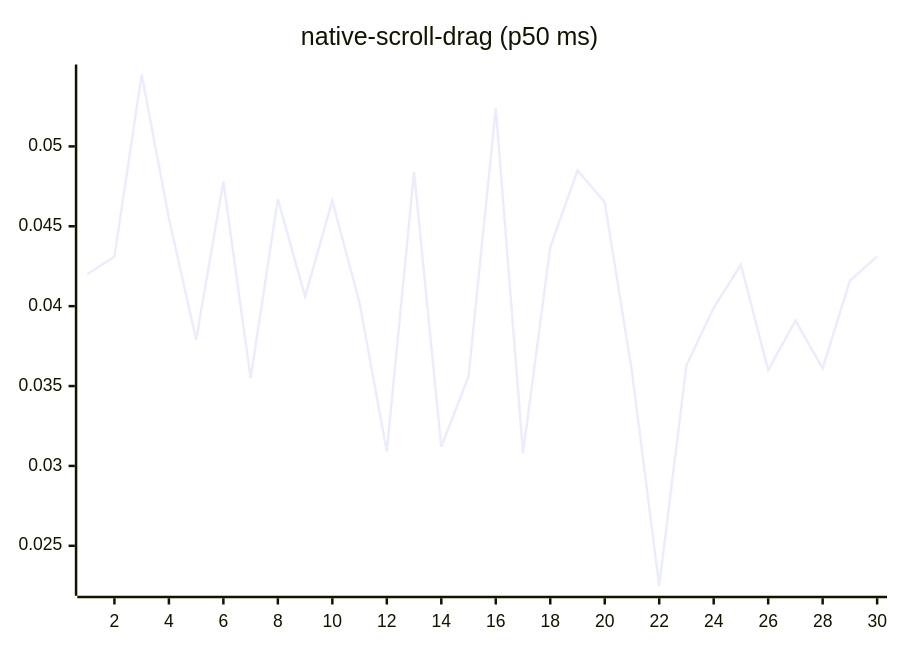
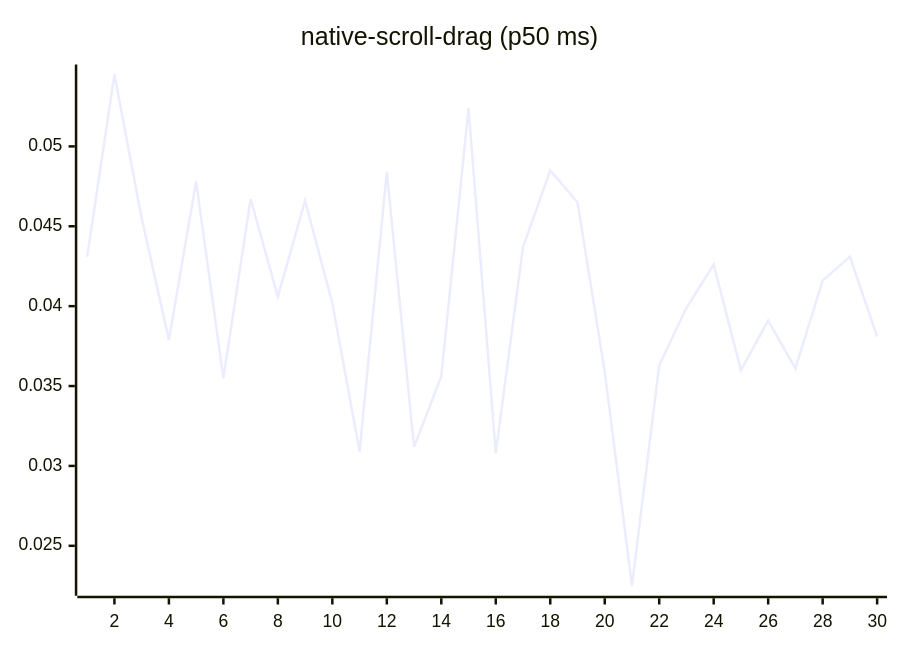
One commit to josha/Facet changed diagram 14 of 27 in README.md. Above: the diagram before and after it, drawn with Mermaid. The commit also changed other lines of this file and 2 other files, not shown here.

````diff
--- a/README.md
+++ b/README.md
@@ -154,6 +154,6 @@
 ```mermaid
 xychart-beta
     title "native-scroll-drag (p50 ms)"
     x-axis 1 --> 30
-    line [0.0420, 0.0431, 0.0545, 0.0455, 0.0379, 0.0478, 0.0355, 0.0467, 0.0406, 0.0466, 0.0402, 0.0309, 0.0484, 0.0312, 0.0356, 0.0524, 0.0308, 0.0437, 0.0485, 0.0465, 0.0359, 0.0225, 0.0363, 0.0399, 0.0426, 0.0360, 0.0391, 0.0361, 0.0416, 0.0431]
+    line [0.0431, 0.0545, 0.0455, 0.0379, 0.0478, 0.0355, 0.0467, 0.0406, 0.0466, 0.0402, 0.0309, 0.0484, 0.0312, 0.0356, 0.0524, 0.0308, 0.0437, 0.0485, 0.0465, 0.0359, 0.0225, 0.0363, 0.0399, 0.0426, 0.0360, 0.0391, 0.0361, 0.0416, 0.0431, 0.0381]
 ```
````
